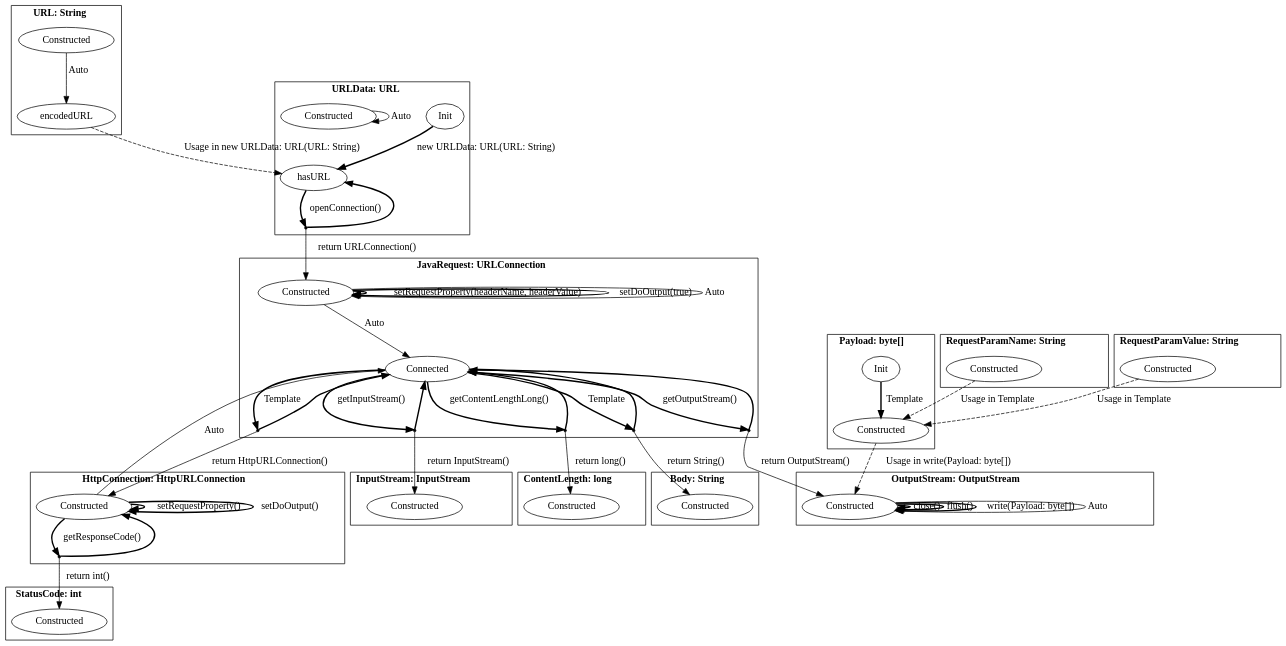
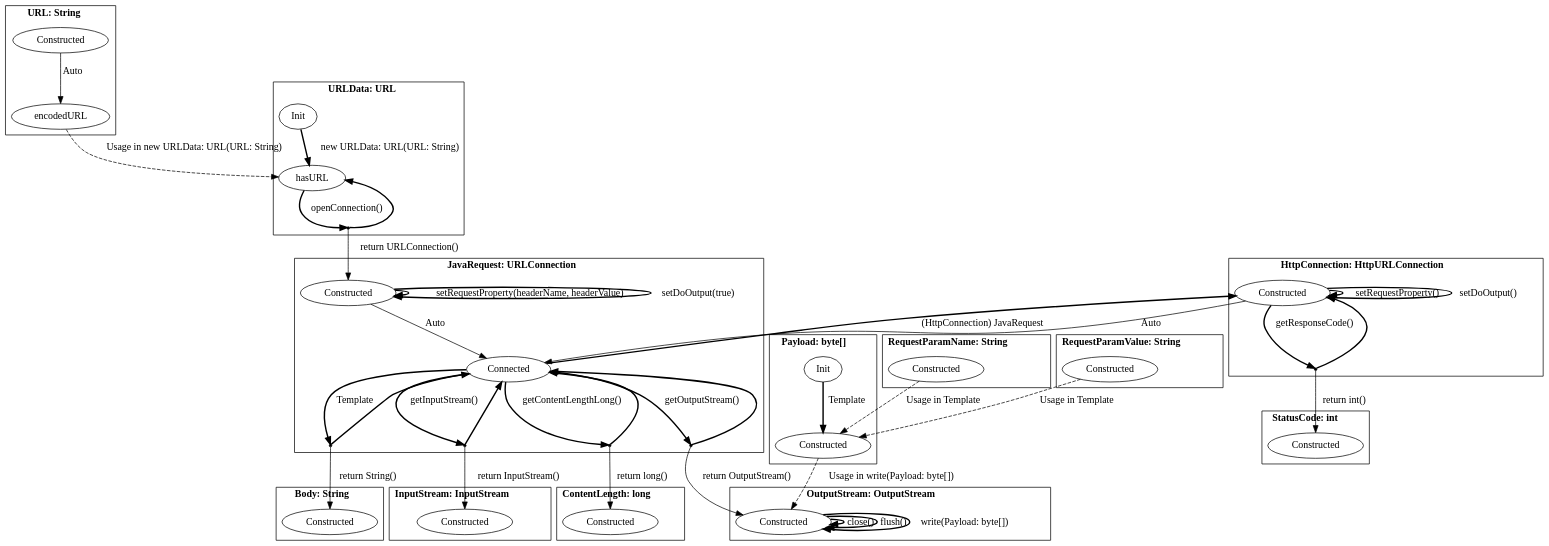
Before and after one commit to h31/LibraryMigration: the diagram in pictures/java.dot, drawn with Graphviz. The commit also changed 11 other files, not shown here.

```diff
--- a/pictures/java.dot
+++ b/pictures/java.dot
@@ -1,103 +1,96 @@
 digraph G {
     bgcolor="transparent";
     subgraph cluster0 {
     label = <<B>URL: String</B>>;
         Constructed_URL [ label="Constructed" ];
         encodedURL_URL [ label="encodedURL" ];
     }
     subgraph cluster1 {
     label = <<B>URLData: URL</B>>;
         Init_URLData [ label="Init" ];
         hasURL_URLData [ label="hasURL" ];
-        Constructed_URLData [ label="Constructed" ];
         virtual0 [ shape = point ];
     }
     subgraph cluster2 {
     label = <<B>JavaRequest: URLConnection</B>>;
         Constructed_JavaRequest [ label="Constructed" ];
         Connected_JavaRequest [ label="Connected" ];
         virtual1 [ shape = point ];
         virtual2 [ shape = point ];
         virtual3 [ shape = point ];
         virtual4 [ shape = point ];
-        virtual5 [ shape = point ];
     }
     subgraph cluster3 {
     label = <<B>Body: String</B>>;
         Constructed_Body [ label="Constructed" ];
     }
     subgraph cluster4 {
     label = <<B>InputStream: InputStream</B>>;
         Constructed_InputStream [ label="Constructed" ];
     }
     subgraph cluster5 {
     label = <<B>ContentLength: long</B>>;
         Constructed_ContentLength [ label="Constructed" ];
     }
     subgraph cluster6 {
     label = <<B>StatusCode: int</B>>;
         Constructed_StatusCode [ label="Constructed" ];
     }
     subgraph cluster7 {
     label = <<B>HttpConnection: HttpURLConnection</B>>;
         Constructed_HttpConnection [ label="Constructed" ];
-        virtual6 [ shape = point ];
+        virtual5 [ shape = point ];
     }
     subgraph cluster8 {
     label = <<B>OutputStream: OutputStream</B>>;
         Constructed_OutputStream [ label="Constructed" ];
     }
     subgraph cluster9 {
     label = <<B>Payload: byte[]</B>>;
         Init_Payload [ label="Init" ];
         Constructed_Payload [ label="Constructed" ];
     }
     subgraph cluster10 {
     label = <<B>RequestParamName: String</B>>;
         Constructed_RequestParamName [ label="Constructed" ];
     }
     subgraph cluster11 {
     label = <<B>RequestParamValue: String</B>>;
         Constructed_RequestParamValue [ label="Constructed" ];
     }
         Constructed_URL -> encodedURL_URL [ label="Auto", style = "solid"  ];
         encodedURL_URL -> hasURL_URLData [ label="Usage in new URLData: URL(URL: String)", style = "dashed"  ];
         Init_URLData -> hasURL_URLData [ label="new URLData: URL(URL: String)", style = "bold"  ];
         hasURL_URLData -> virtual0 [ style = "bold" label="openConnection()"  ];
         virtual0 -> hasURL_URLData [ style = "bold"  ];
         virtual0 -> Constructed_JavaRequest [ label="return URLConnection()"  ];
-        Constructed_URLData -> Constructed_URLData [ label="Auto", style = "solid"  ];
         Constructed_JavaRequest -> Connected_JavaRequest [ label="Auto", style = "solid"  ];
         Connected_JavaRequest -> virtual1 [ style = "bold" label="Template"  ];
         virtual1 -> Connected_JavaRequest [ style = "bold"  ];
         virtual1 -> Constructed_Body [ label="return String()"  ];
         Connected_JavaRequest -> virtual2 [ style = "bold" label="getInputStream()"  ];
         virtual2 -> Connected_JavaRequest [ style = "bold"  ];
         virtual2 -> Constructed_InputStream [ label="return InputStream()"  ];
         Constructed_JavaRequest -> Constructed_JavaRequest [ label="setRequestProperty(headerName, headerValue)", style = "bold"  ];
         Constructed_JavaRequest -> Constructed_JavaRequest [ label="setDoOutput(true)", style = "bold"  ];
         Connected_JavaRequest -> virtual3 [ style = "bold" label="getContentLengthLong()"  ];
         virtual3 -> Connected_JavaRequest [ style = "bold"  ];
         virtual3 -> Constructed_ContentLength [ label="return long()"  ];
         Connected_JavaRequest -> virtual4 [ style = "bold" label="getOutputStream()"  ];
         virtual4 -> Connected_JavaRequest [ style = "bold"  ];
         virtual4 -> Constructed_OutputStream [ label="return OutputStream()"  ];
-        Connected_JavaRequest -> virtual5 [ style = "bold" label="Template"  ];
-        virtual5 -> Connected_JavaRequest [ style = "bold"  ];
-        virtual5 -> Constructed_HttpConnection [ label="return HttpURLConnection()"  ];
-        Constructed_JavaRequest -> Constructed_JavaRequest [ label="Auto", style = "solid"  ];
+        Connected_JavaRequest -> Constructed_HttpConnection [ label="(HttpConnection) JavaRequest", style = "bold"  ];
         Constructed_HttpConnection -> Connected_JavaRequest [ label="Auto", style = "solid"  ];
-        Constructed_HttpConnection -> virtual6 [ style = "bold" label="getResponseCode()"  ];
-        virtual6 -> Constructed_HttpConnection [ style = "bold"  ];
-        virtual6 -> Constructed_StatusCode [ label="return int()"  ];
+        Constructed_HttpConnection -> virtual5 [ style = "bold" label="getResponseCode()"  ];
+        virtual5 -> Constructed_HttpConnection [ style = "bold"  ];
+        virtual5 -> Constructed_StatusCode [ label="return int()"  ];
         Constructed_HttpConnection -> Constructed_HttpConnection [ label="setRequestProperty()", style = "bold"  ];
         Constructed_HttpConnection -> Constructed_HttpConnection [ label="setDoOutput()", style = "bold"  ];
         Constructed_OutputStream -> Constructed_OutputStream [ label="close()", style = "bold"  ];
         Constructed_OutputStream -> Constructed_OutputStream [ label="flush()", style = "bold"  ];
         Constructed_OutputStream -> Constructed_OutputStream [ label="write(Payload: byte[])", style = "bold"  ];
-        Constructed_OutputStream -> Constructed_OutputStream [ label="Auto", style = "solid"  ];
         Init_Payload -> Constructed_Payload [ label="Template", style = "bold"  ];
         Constructed_Payload -> Constructed_OutputStream [ label="Usage in write(Payload: byte[])", style = "dashed"  ];
         Constructed_RequestParamName -> Constructed_Payload [ label="Usage in Template", style = "dashed"  ];
         Constructed_RequestParamValue -> Constructed_Payload [ label="Usage in Template", style = "dashed"  ];
 }
```
